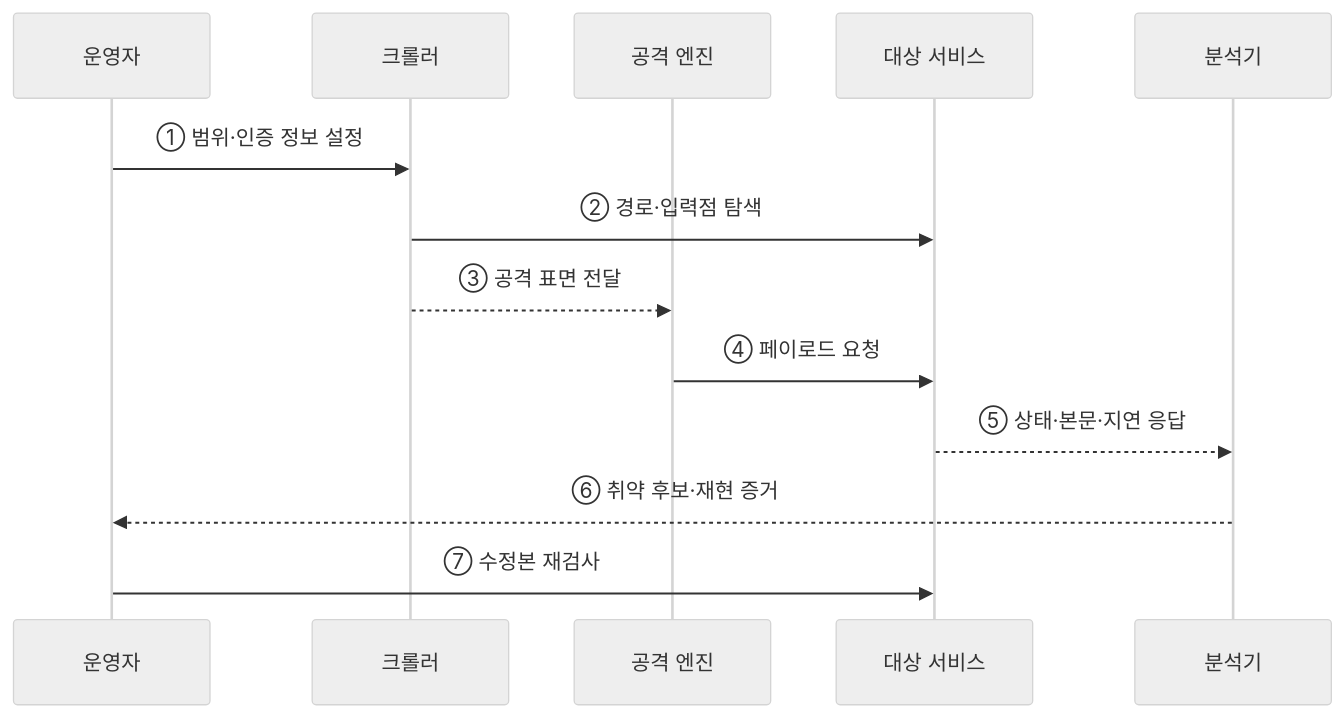
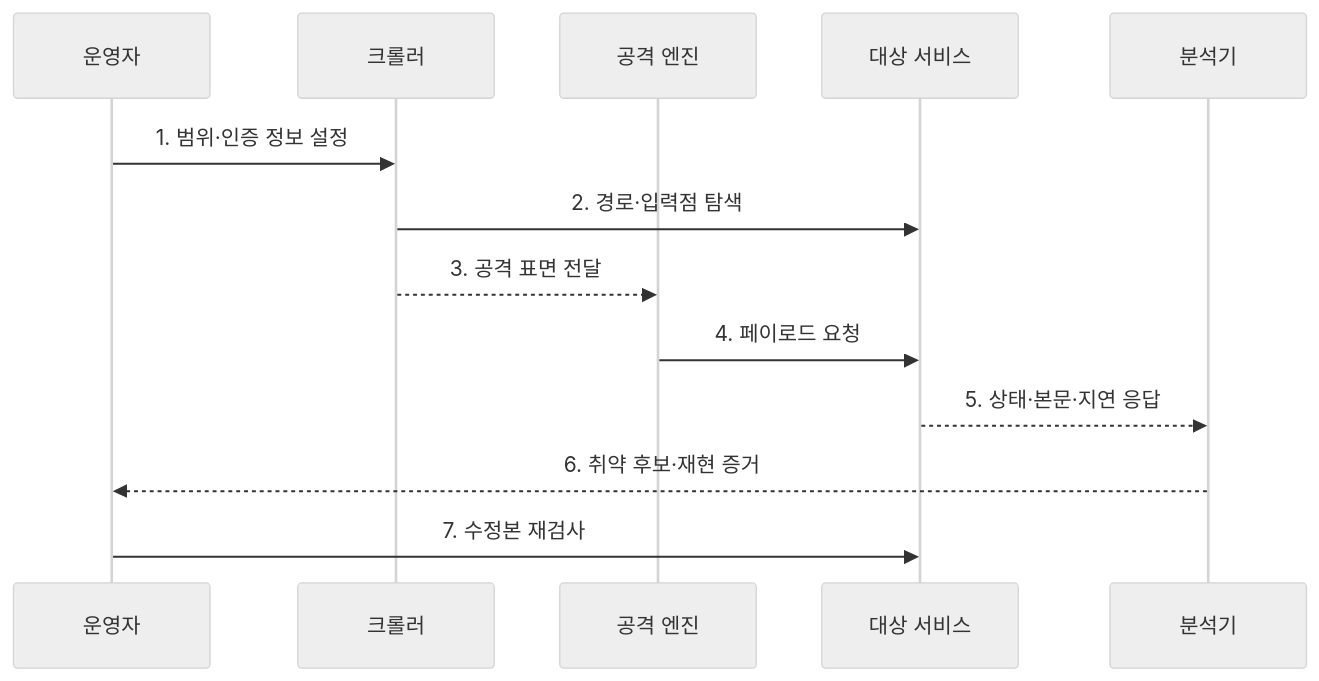
One commit to agnusdei1207/knowledge-base changed the second of 2 diagrams in src/content/docs/notes/03-software/068_dynamic_application_security_testing.md. Above: the diagram before and after it, drawn with Mermaid (neutral theme). The commit also changed other lines of this file and 20 other files, not shown here.

````diff
--- a/src/content/docs/notes/03-software/068_dynamic_application_security_testing.md
+++ b/src/content/docs/notes/03-software/068_dynamic_application_security_testing.md
@@ -70,15 +79,15 @@
 ```mermaid
 sequenceDiagram
     participant O as 운영자
     participant C as 크롤러
     participant A as 공격 엔진
     participant T as 대상 서비스
     participant R as 분석기
-    O->>C: ① 범위·인증 정보 설정
-    C->>T: ② 경로·입력점 탐색
-    C-->>A: ③ 공격 표면 전달
-    A->>T: ④ 페이로드 요청
-    T-->>R: ⑤ 상태·본문·지연 응답
-    R-->>O: ⑥ 취약 후보·재현 증거
-    O->>T: ⑦ 수정본 재검사
+    O->>C: 1. 범위·인증 정보 설정
+    C->>T: 2. 경로·입력점 탐색
+    C-->>A: 3. 공격 표면 전달
+    A->>T: 4. 페이로드 요청
+    T-->>R: 5. 상태·본문·지연 응답
+    R-->>O: 6. 취약 후보·재현 증거
+    O->>T: 7. 수정본 재검사
 ```
````
